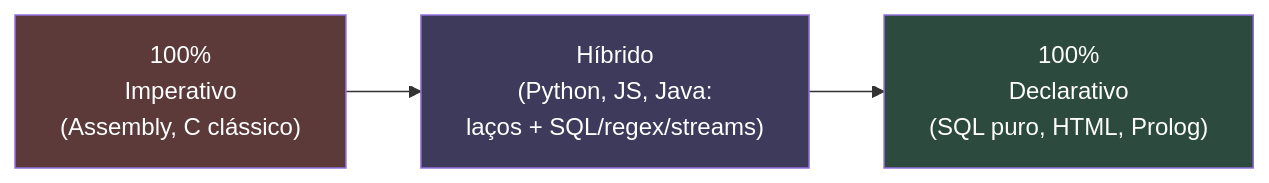
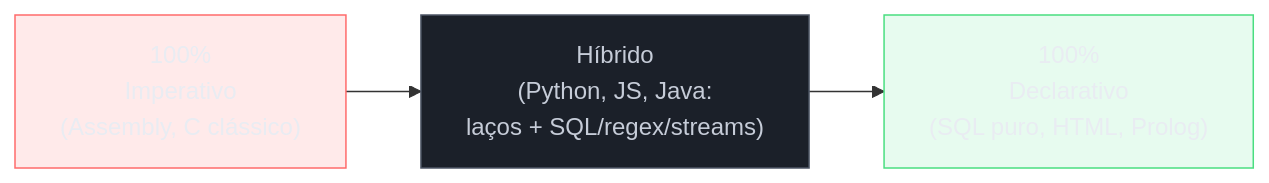
One commit to josenaldo/codex-technomanticus changed the fourth of 4 diagrams in 03-Dominios/Ciência/Paradigmas/04 - O paradigma declarativo.md. Above: the diagram before and after it, drawn with Mermaid. The commit also changed other lines of this file and 1181 other files, not shown here.

First line of the commit message:
fix(diagramas): paleta do sistema no lugar de cor cravada no markdown

````diff
--- a/03-Dominios/Ciência/Paradigmas/04 - O paradigma declarativo.md
+++ b/03-Dominios/Ciência/Paradigmas/04 - O paradigma declarativo.md
@@ -223,7 +230,10 @@
 ```mermaid
 flowchart LR
+    classDef falha fill:#FF6B6B24,stroke:#FF6B6B,color:#E9ECF2
+    classDef neutro fill:#1B2029,stroke:#4E5666,color:#C6CCD8
+    classDef ok fill:#4ADE8021,stroke:#4ADE80,color:#E9ECF2
     I["100%<br/>Imperativo<br/>(Assembly, C clássico)"] --> M["Híbrido<br/>(Python, JS, Java:<br/>laços + SQL/regex/streams)"] --> D["100%<br/>Declarativo<br/>(SQL puro, HTML, Prolog)"]
-    style I fill:#5c3a3a,color:#fff
-    style M fill:#3d3a5c,color:#fff
-    style D fill:#2d4a3e,color:#fff
+    class I falha
+    class M neutro
+    class D ok
 ```
````
